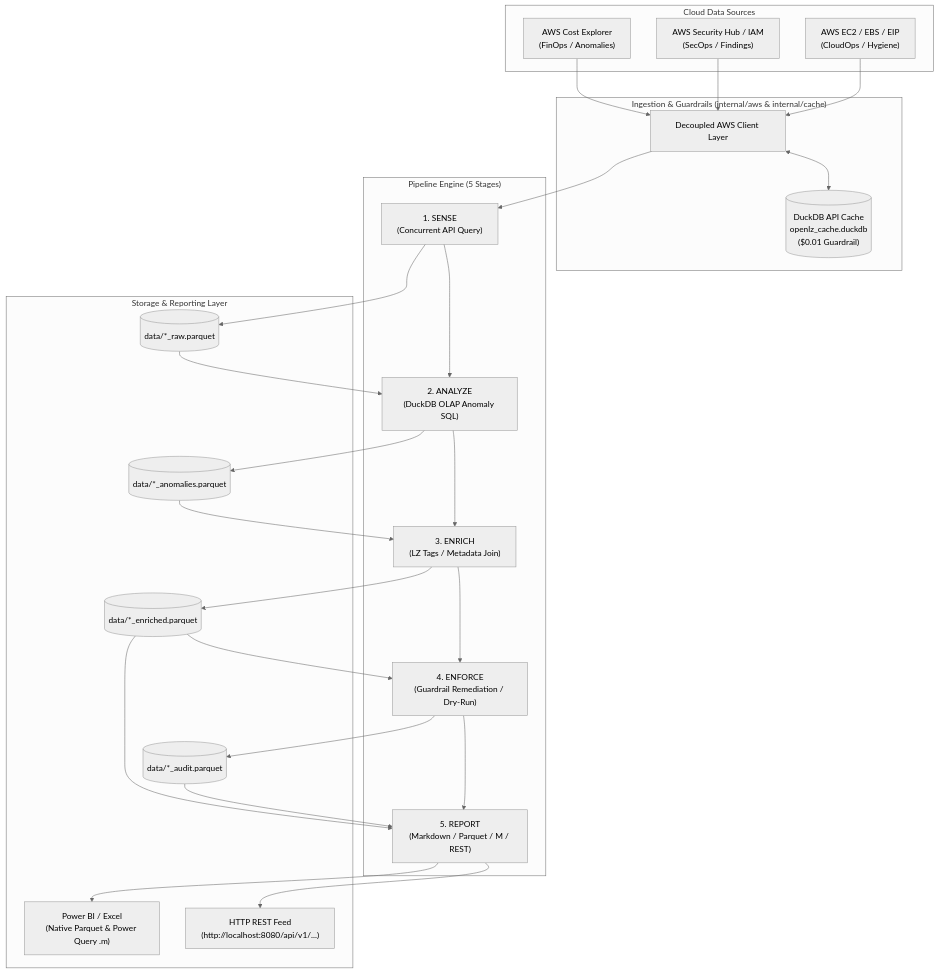
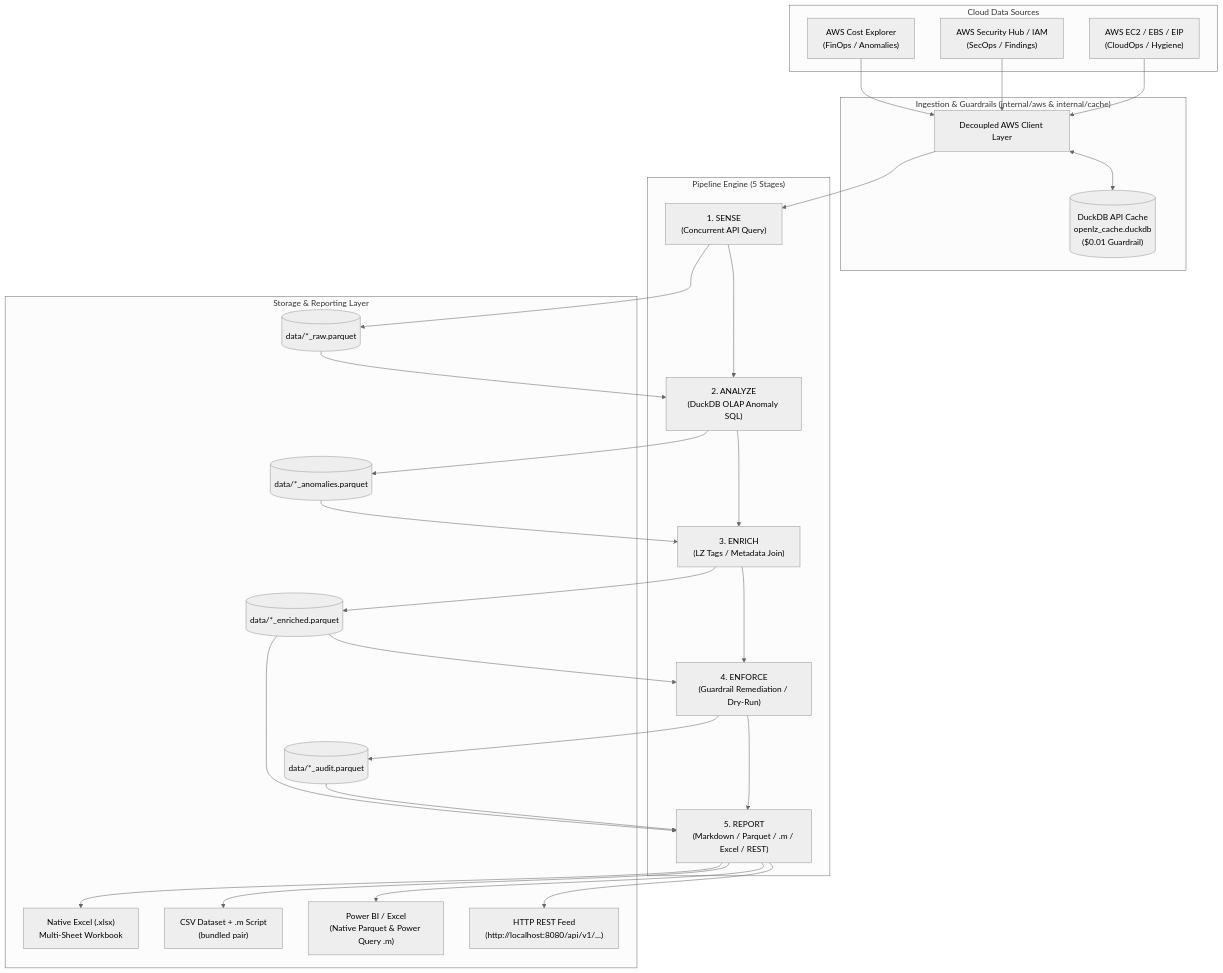
The first of 3 diagrams in ARCHITECTURE.md (PopGreenTh/OpenLZ), drawn with Mermaid (neutral theme) before and after one commit. The commit also changed other lines of this file and 48 other files, not shown here.

````diff
--- a/ARCHITECTURE.md
+++ b/ARCHITECTURE.md
@@ -9,48 +9,52 @@
 ```mermaid
 graph TD
     subgraph "Cloud Data Sources"
         CE["AWS Cost Explorer<br/>(FinOps / Anomalies)"]
         SH["AWS Security Hub / IAM<br/>(SecOps / Findings)"]
         EC2["AWS EC2 / EBS / EIP<br/>(CloudOps / Hygiene)"]
     end
 
     subgraph "Ingestion & Guardrails (internal/aws & internal/cache)"
         CACHE[("DuckDB API Cache<br/>openlz_cache.duckdb<br/>($0.01 Guardrail)")]
         CLIENT["Decoupled AWS Client Layer"]
     end
 
     subgraph "Pipeline Engine (5 Stages)"
         S1["1. SENSE<br/>(Concurrent API Query)"]
         S2["2. ANALYZE<br/>(DuckDB OLAP Anomaly SQL)"]
         S3["3. ENRICH<br/>(LZ Tags / Metadata Join)"]
         S4["4. ENFORCE<br/>(Guardrail Remediation / Dry-Run)"]
-        S5["5. REPORT<br/>(Markdown / Parquet / M / REST)"]
+        S5["5. REPORT<br/>(Markdown / Parquet / .m / Excel / REST)"]
         S1 --> S2 --> S3 --> S4 --> S5
     end
 
     subgraph "Storage & Reporting Layer"
         RAW[("data/*_raw.parquet")]
         ANOM[("data/*_anomalies.parquet")]
         ENR[("data/*_enriched.parquet")]
         AUD[("data/*_audit.parquet")]
+        XLSX["Native Excel (.xlsx)<br/>Multi-Sheet Workbook"]
+        CSV["CSV Dataset + .m Script<br/>(bundled pair)"]
         PBI["Power BI / Excel<br/>(Native Parquet & Power Query .m)"]
         REST["HTTP REST Feed<br/>(http://localhost:8080/api/v1/...)"]
     end
 
     CE --> CLIENT
     SH --> CLIENT
     EC2 --> CLIENT
     CLIENT <--> CACHE
     CLIENT --> S1
     S1 --> RAW
     RAW --> S2
     S2 --> ANOM
     ANOM --> S3
     S3 --> ENR
     ENR --> S4
     S4 --> AUD
     ENR --> S5
     AUD --> S5
+    S5 --> XLSX
+    S5 --> CSV
     S5 --> PBI
     S5 --> REST
 ```
````
